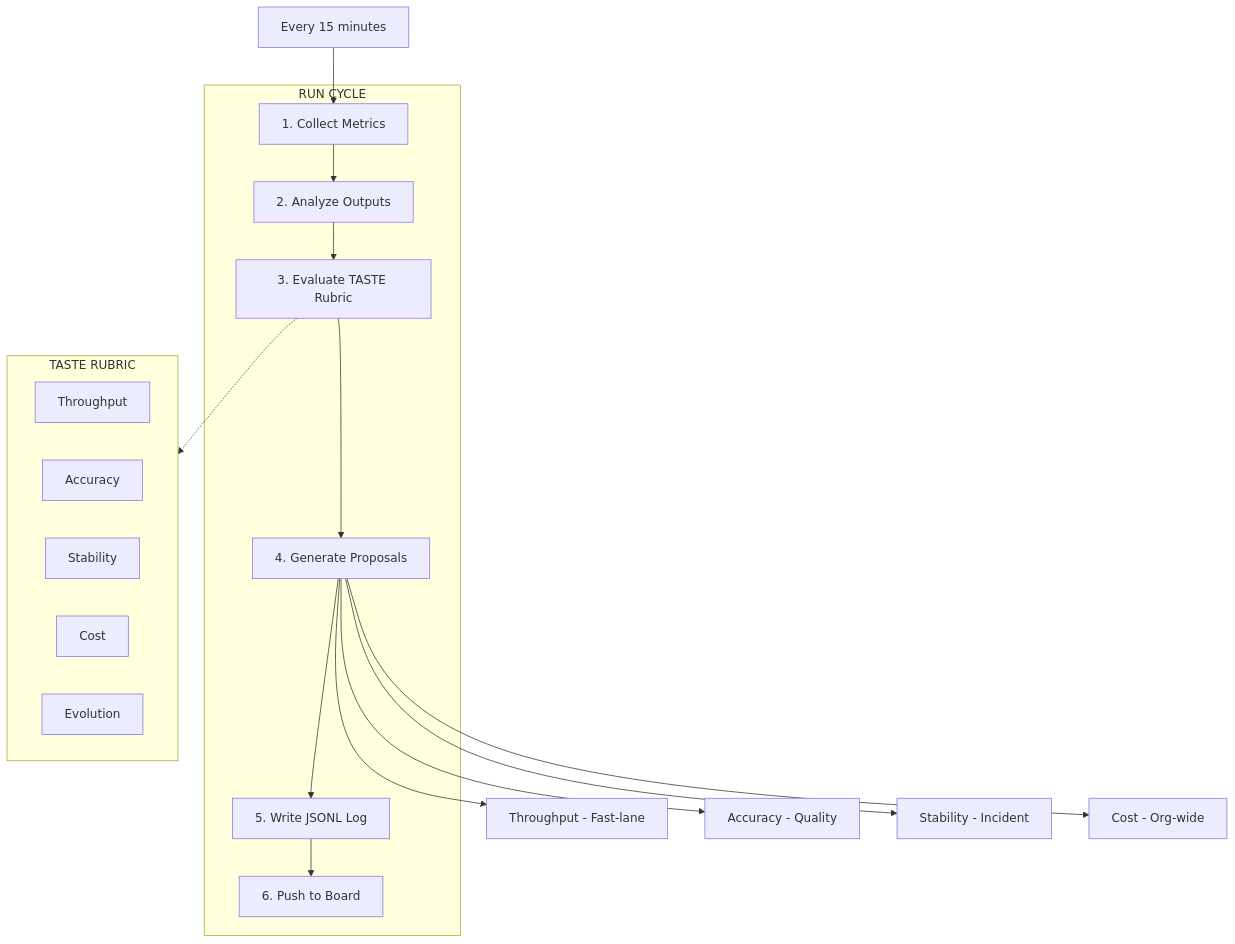
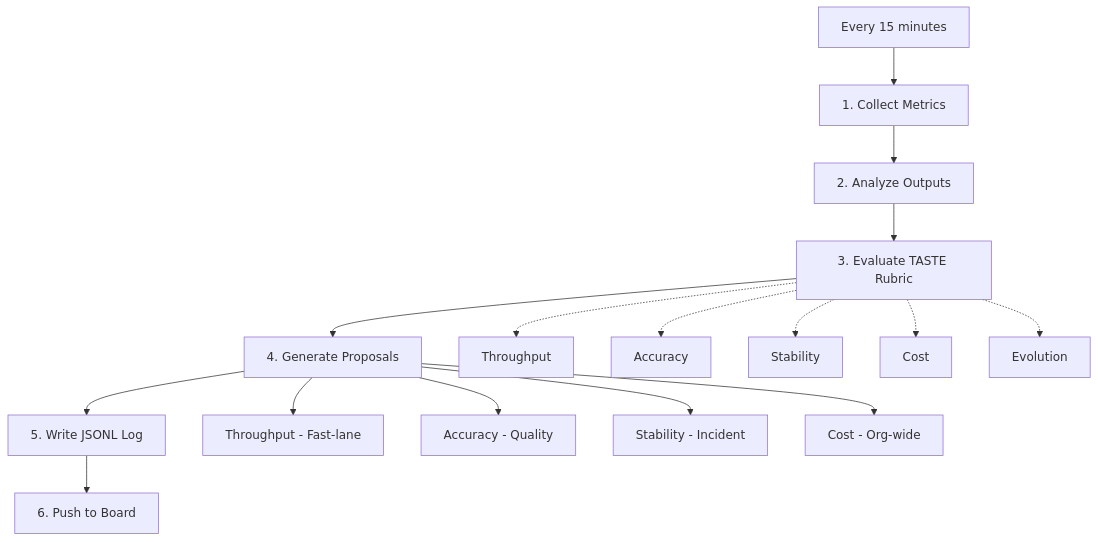
The fifth of 6 diagrams in README.md (mmartoccia/ghost-orchestration-pattern), drawn with Mermaid before and after one commit. The commit also changed other lines of this file, not shown here.

First line of the commit message:
Fix Mermaid: use graph keyword, multi-letter IDs, no cross-subgraph external refs

````diff
--- a/README.md
+++ b/README.md
@@ -135,23 +136,18 @@
 ```mermaid
-flowchart TD
-    E["Every 15 minutes"] --> M1
-    subgraph C["RUN CYCLE"]
-        M1["1. Collect Metrics"] --> M2["2. Analyze Outputs"]
-        M2 --> M3["3. Evaluate TASTE Rubric"]
-        M3 --> M4["4. Generate Proposals"]
-        M4 --> M5["5. Write JSONL Log"]
-        M5 --> M6["6. Push to Board"]
-    end
-    M3 -.-> T
-    subgraph T["TASTE RUBRIC"]
-        T1["Throughput"]
-        T2["Accuracy"]
-        T3["Stability"]
-        T4["Cost"]
-        T5["Evolution"]
-    end
-    M4 --> P1["Throughput - Fast-lane"]
-    M4 --> P2["Accuracy - Quality"]
-    M4 --> P3["Stability - Incident"]
-    M4 --> P4["Cost - Org-wide"]
+graph TD
+    TRIGGER["Every 15 minutes"] --> CM1["1. Collect Metrics"]
+    CM1 --> CM2["2. Analyze Outputs"]
+    CM2 --> CM3["3. Evaluate TASTE Rubric"]
+    CM3 --> CM4["4. Generate Proposals"]
+    CM4 --> CM5["5. Write JSONL Log"]
+    CM5 --> CM6["6. Push to Board"]
+    CM3 -.-> TR1["Throughput"]
+    CM3 -.-> TR2["Accuracy"]
+    CM3 -.-> TR3["Stability"]
+    CM3 -.-> TR4["Cost"]
+    CM3 -.-> TR5["Evolution"]
+    CM4 --> PR1["Throughput - Fast-lane"]
+    CM4 --> PR2["Accuracy - Quality"]
+    CM4 --> PR3["Stability - Incident"]
+    CM4 --> PR4["Cost - Org-wide"]
 ```
````
